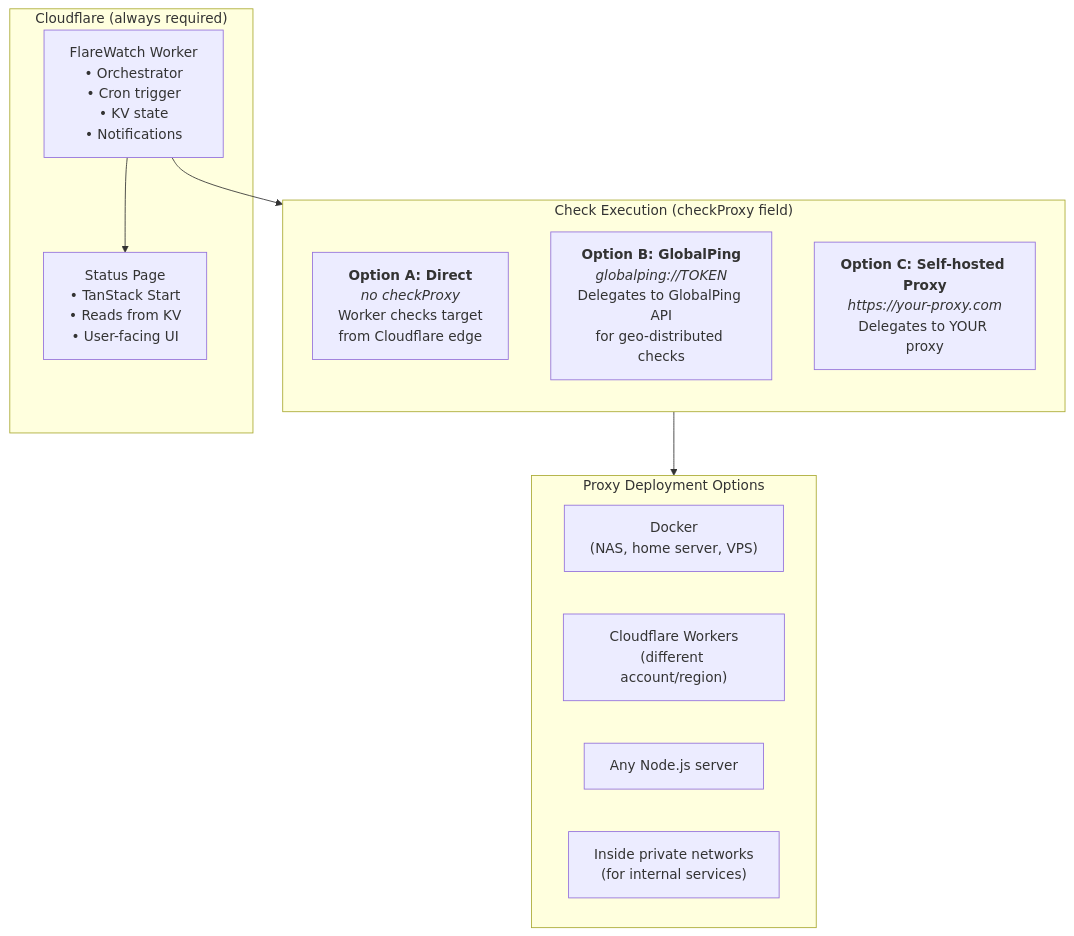
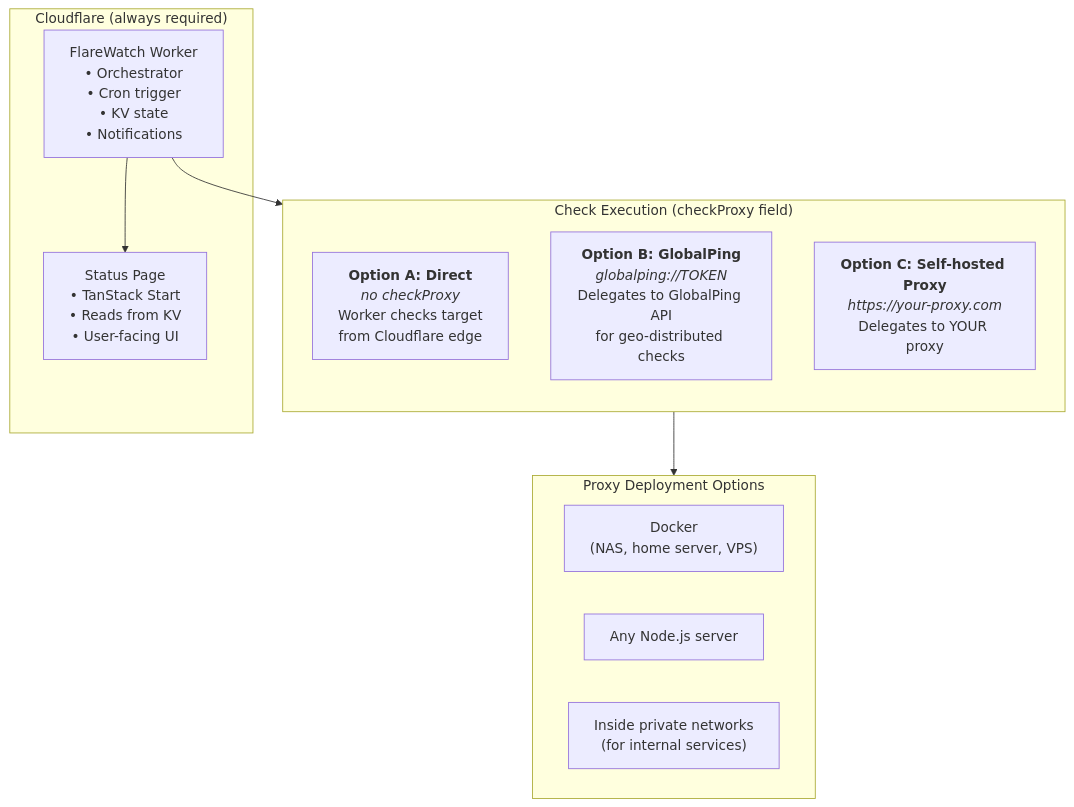
The diagram in services/proxy/README.md (saminnet/flarewatch), drawn with Mermaid before and after one commit. The commit also changed other lines of this file and 27 other files, not shown here.

````diff
--- a/services/proxy/README.md
+++ b/services/proxy/README.md
@@ -17,26 +30,25 @@
 ```mermaid
 flowchart TB
     subgraph CF["Cloudflare (always required)"]
         Worker["FlareWatch Worker<br/>• Orchestrator<br/>• Cron trigger<br/>• KV state<br/>• Notifications"]
         StatusPage["Status Page<br/>• TanStack Start<br/>• Reads from KV<br/>• User-facing UI"]
         Worker --> StatusPage
     end
 
     Worker --> CheckOptions
 
     subgraph CheckOptions["Check Execution (checkProxy field)"]
         direction TB
         OptionA["<b>Option A: Direct</b><br/><i>no checkProxy</i><br/>Worker checks target<br/>from Cloudflare edge"]
         OptionB["<b>Option B: GlobalPing</b><br/><i>globalping://TOKEN</i><br/>Delegates to GlobalPing API<br/>for geo-distributed checks"]
         OptionC["<b>Option C: Self-hosted Proxy</b><br/><i>https://your-proxy.com</i><br/>Delegates to YOUR proxy"]
     end
 
     subgraph ProxyTargets["Proxy Deployment Options"]
         Docker["Docker<br/>(NAS, home server, VPS)"]
-        CFWorker["Cloudflare Workers<br/>(different account/region)"]
         NodeJS["Any Node.js server"]
         Private["Inside private networks<br/>(for internal services)"]
     end
 
     OptionC --> ProxyTargets
 ```
````
